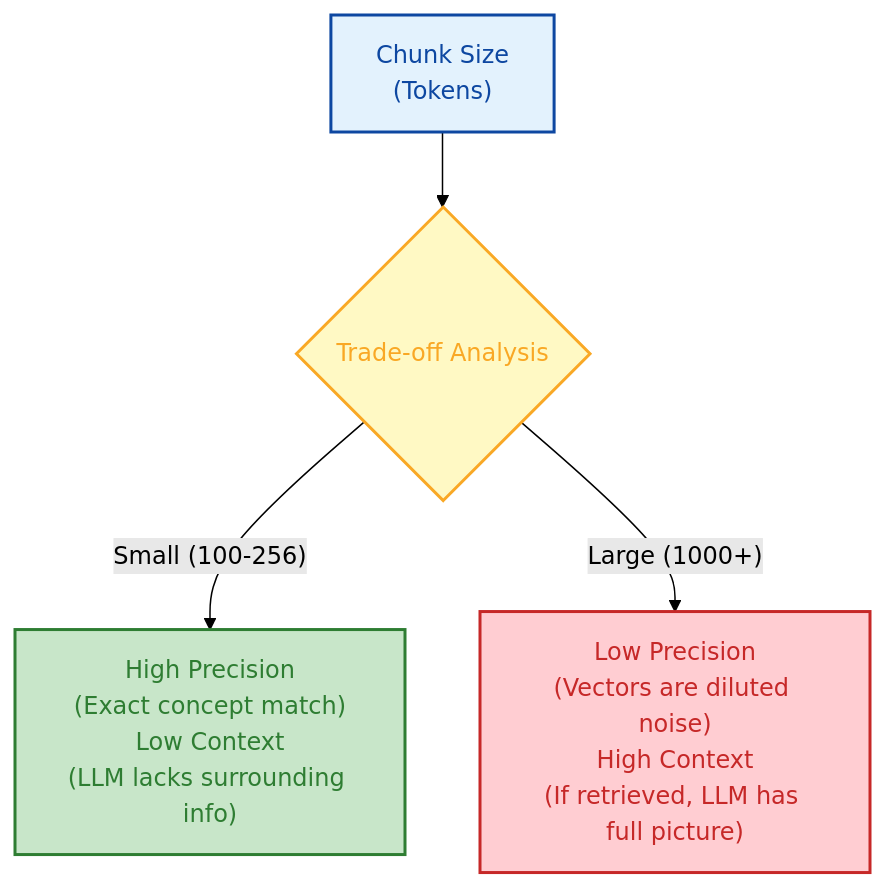
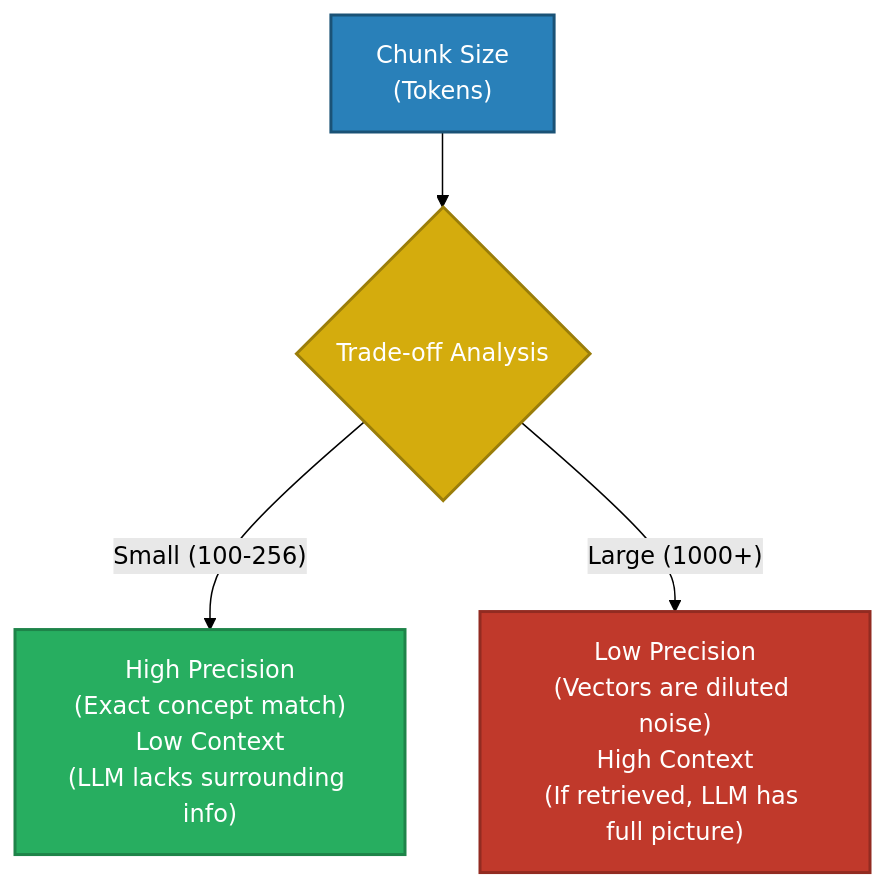
The first of 4 diagrams in docs/03-chunking/README.md (GyanendraChaubey/AI-Engineering-Notes), drawn with Mermaid (forest theme) before and after one commit. The commit also changed other lines of this file and 15 other files, not shown here.

Commit message:
style: replace all Mermaid diagram colors with saturated palette + white text for dark mode compatibility (321 changes across 16 files)

````diff
--- a/docs/03-chunking/README.md
+++ b/docs/03-chunking/README.md
@@ -18,11 +18,11 @@
 ```mermaid
 graph TD
     A["Chunk Size\n(Tokens)"] --> B{"Trade-off Analysis"}
     B -->|"Small (100-256)"| C["High Precision\n(Exact concept match)\nLow Context\n(LLM lacks surrounding info)"]
     B -->|"Large (1000+)"| D["Low Precision\n(Vectors are diluted noise)\nHigh Context\n(If retrieved, LLM has full picture)"]
     
-    style A fill:#e3f2fd,stroke:#0d47a1,stroke-width:2px,color:#0d47a1
-    style B fill:#fff9c4,stroke:#f9a825,stroke-width:2px,color:#f9a825
-    style C fill:#c8e6c9,stroke:#2e7d32,stroke-width:2px,color:#2e7d32
-    style D fill:#ffcdd2,stroke:#c62828,stroke-width:2px,color:#c62828
+    style A fill:#2980B9,stroke:#1A5276,stroke-width:2px,color:#FFFFFF
+    style B fill:#D4AC0D,stroke:#9A7D0A,stroke-width:2px,color:#FFFFFF
+    style C fill:#27AE60,stroke:#1E8449,stroke-width:2px,color:#FFFFFF
+    style D fill:#C0392B,stroke:#922B21,stroke-width:2px,color:#FFFFFF
 ```
````
